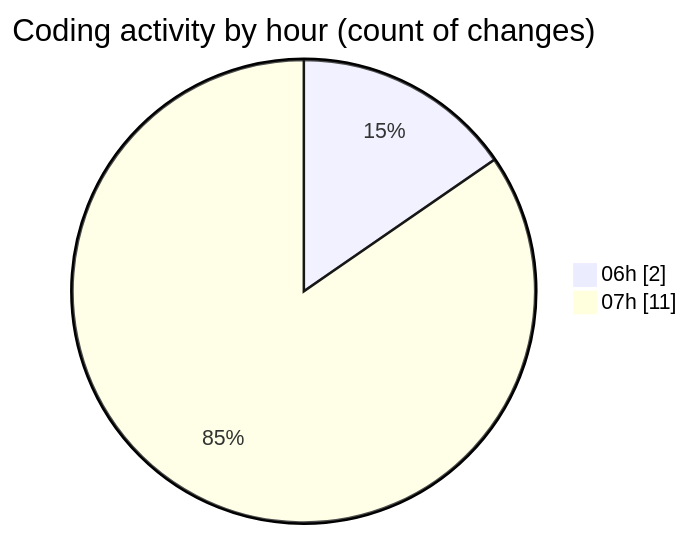
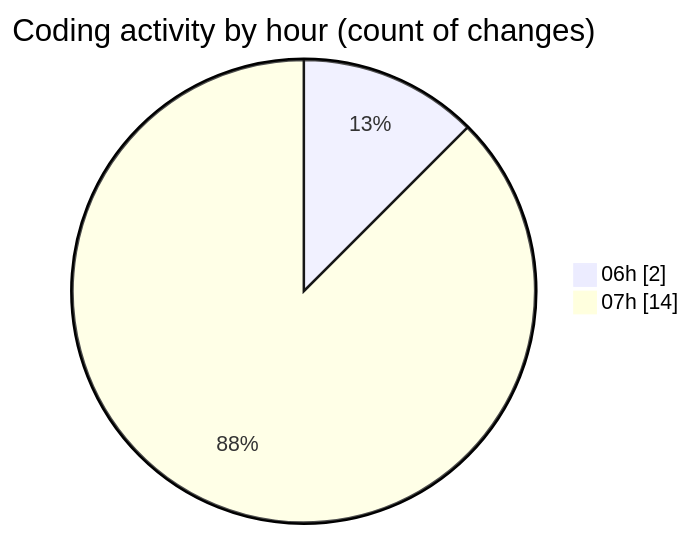
One commit to robertbonfada/code-tracking changed the second of 2 diagrams in 2025-01-27/termonied-web/README.md. Above: the diagram before and after it, drawn with Mermaid. The commit also changed other lines of this file and 1 other file, not shown here.

````diff
--- a/2025-01-27/termonied-web/README.md
+++ b/2025-01-27/termonied-web/README.md
@@ -32,6 +32,6 @@
 ```mermaid
 pie showData
 title Coding activity by hour (count of changes)
 "06h" : 2
-"07h" : 11
+"07h" : 14
 ```
````
